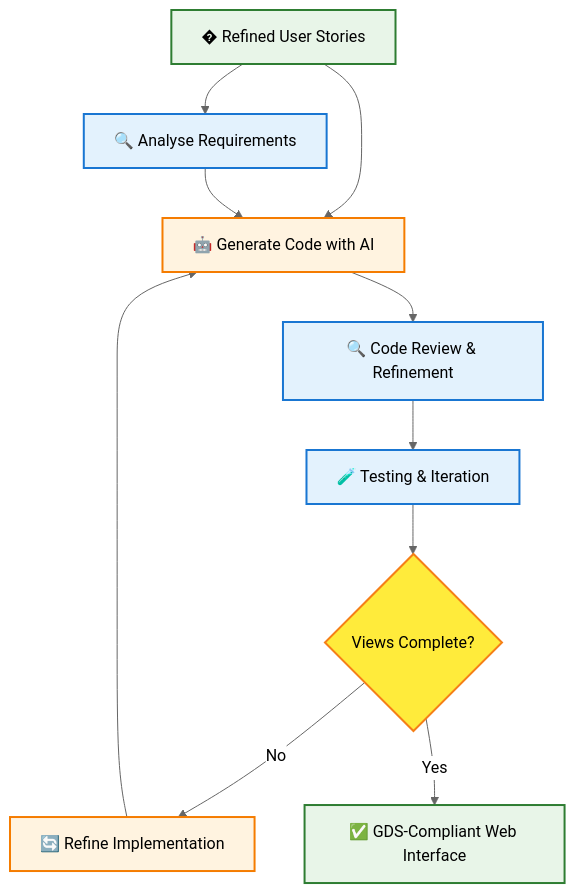
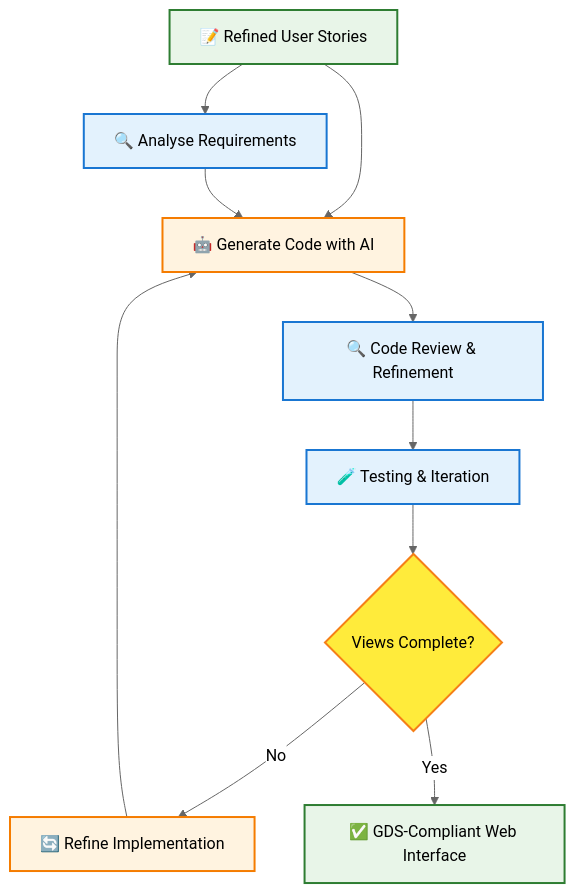
One commit to DEFRA/defra-ai-legacy-modernisation changed the diagram in playbook/pages/pathways/ms-access/frontend/02-build-gds-views.md. Above: the diagram before and after it, drawn with Mermaid (neutral theme). The commit also changed other lines of this file and 3 other files, not shown here.

```diff
--- a/playbook/pages/pathways/ms-access/frontend/02-build-gds-views.md
+++ b/playbook/pages/pathways/ms-access/frontend/02-build-gds-views.md
@@ -7,25 +5,25 @@
 <pre class="mermaid">
 flowchart TD
-    A["� Refined User Stories"] --> B["🔍 Analyse Requirements"]
+    A["📝 Refined User Stories"] --> B["🔍 Analyse Requirements"]
     A --> C["🤖 Generate Code with AI"]
     B --> C
     C --> D["🔍 Code Review & Refinement"]
     D --> E["🧪 Testing & Iteration"]
     E --> F{"Views Complete?"}
     F -->|No| G["🔄 Refine Implementation"]
     F -->|Yes| H["✅ GDS-Compliant Web Interface"]
     G --> C
 
     classDef input fill:#e8f5e8,stroke:#2e7d32,stroke-width:2px
     classDef process fill:#e3f2fd,stroke:#1976d2,stroke-width:2px
     classDef ai fill:#fff3e0,stroke:#f57c00,stroke-width:2px
     classDef review fill:#f3e5f5,stroke:#7b1fa2,stroke-width:2px
     classDef decision fill:#ffeb3b,stroke:#f57f17,stroke-width:2px
     classDef output fill:#e8f5e8,stroke:#2e7d32,stroke-width:2px
 
     class A input
     class B,D,E process
     class C,G ai
     class F decision
     class H output
 </pre>
```
